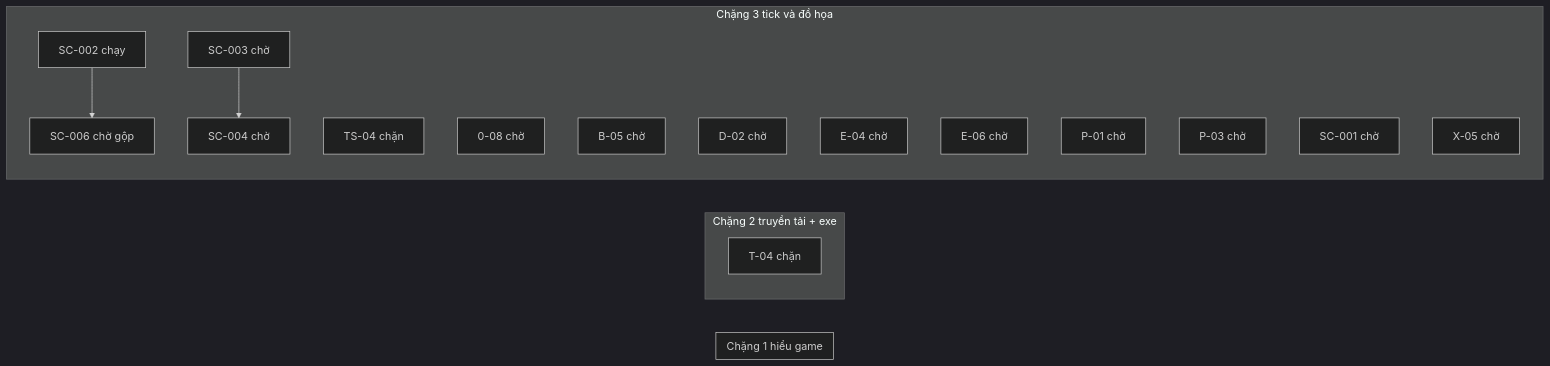
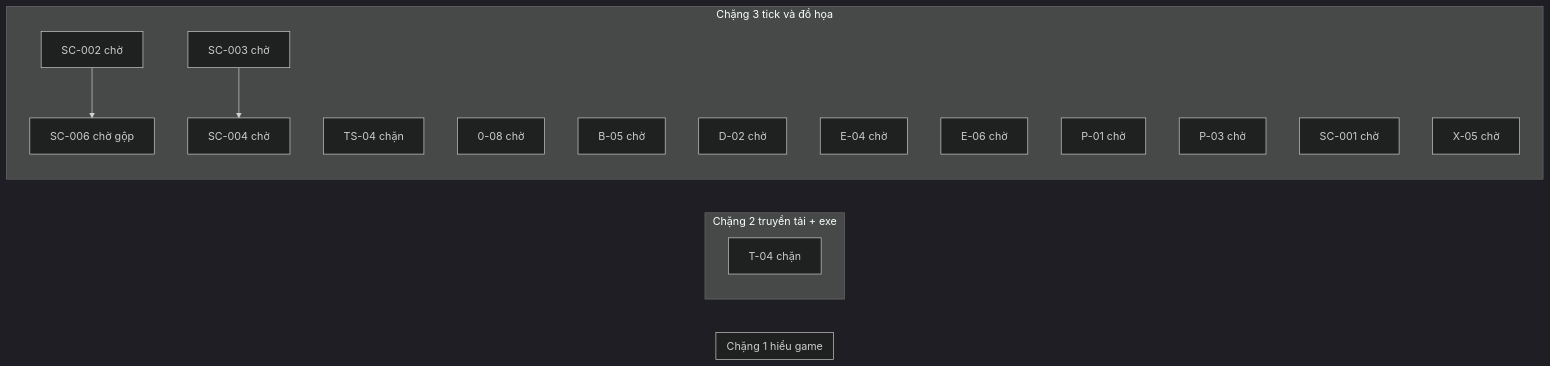
Before and after one commit to ndtangoss-dev/jx1-reports: the diagram in JX1_OPS/STATE/TIEN-DO.md, drawn with Mermaid (dark theme). The commit also changed other lines of this file and 4 other files, not shown here.

````diff
--- a/JX1_OPS/STATE/TIEN-DO.md
+++ b/JX1_OPS/STATE/TIEN-DO.md
@@ -9,26 +9,26 @@
 ```mermaid
 flowchart LR
   subgraph S1["Chặng 1 hiểu game"]
   end
   subgraph S2["Chặng 2 truyền tải + exe"]
     T_04["T-04 chặn"]
   end
   subgraph S3["Chặng 3 tick và đồ họa"]
-    SC_002["SC-002 chạy"]
     SC_006["SC-006 chờ gộp"]
     TS_04["TS-04 chặn"]
     0_08["0-08 chờ"]
     B_05["B-05 chờ"]
     D_02["D-02 chờ"]
     E_04["E-04 chờ"]
     E_06["E-06 chờ"]
     P_01["P-01 chờ"]
     P_03["P-03 chờ"]
     SC_001["SC-001 chờ"]
+    SC_002["SC-002 chờ"]
     SC_003["SC-003 chờ"]
     SC_004["SC-004 chờ"]
     X_05["X-05 chờ"]
   end
   SC_002 --> SC_006
   SC_003 --> SC_004
 ```
````
